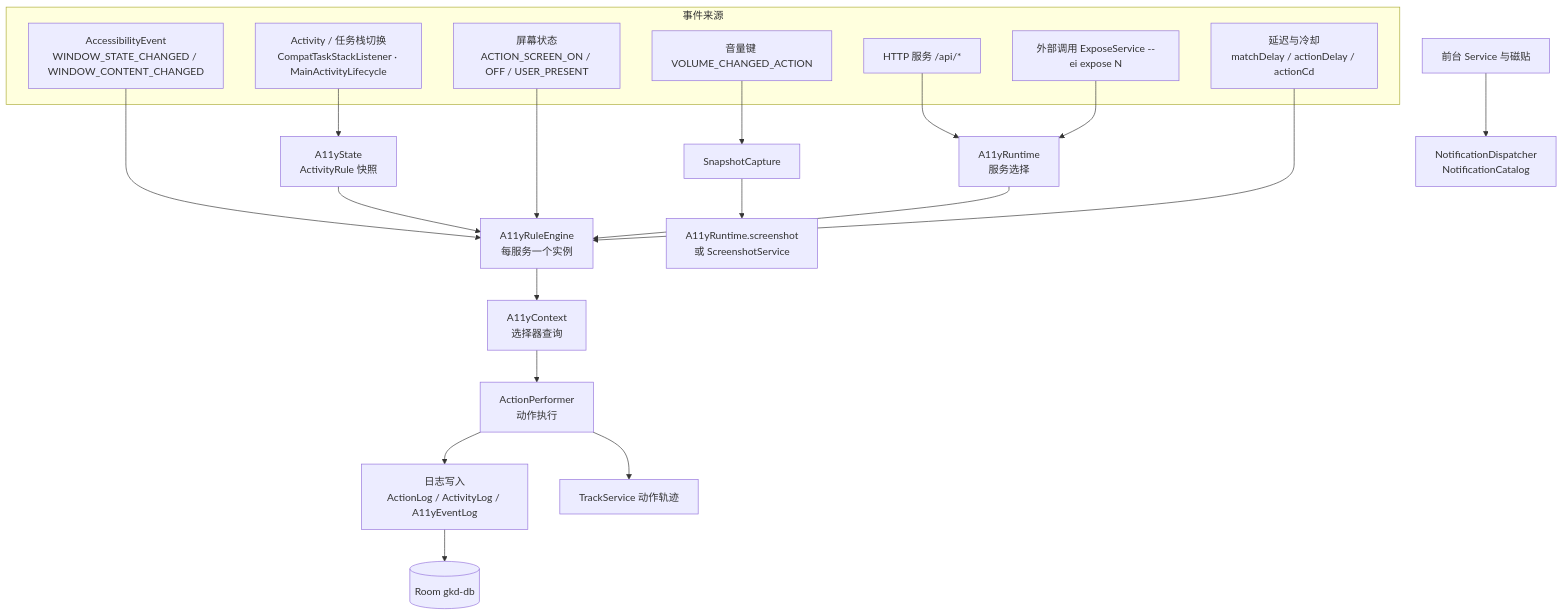
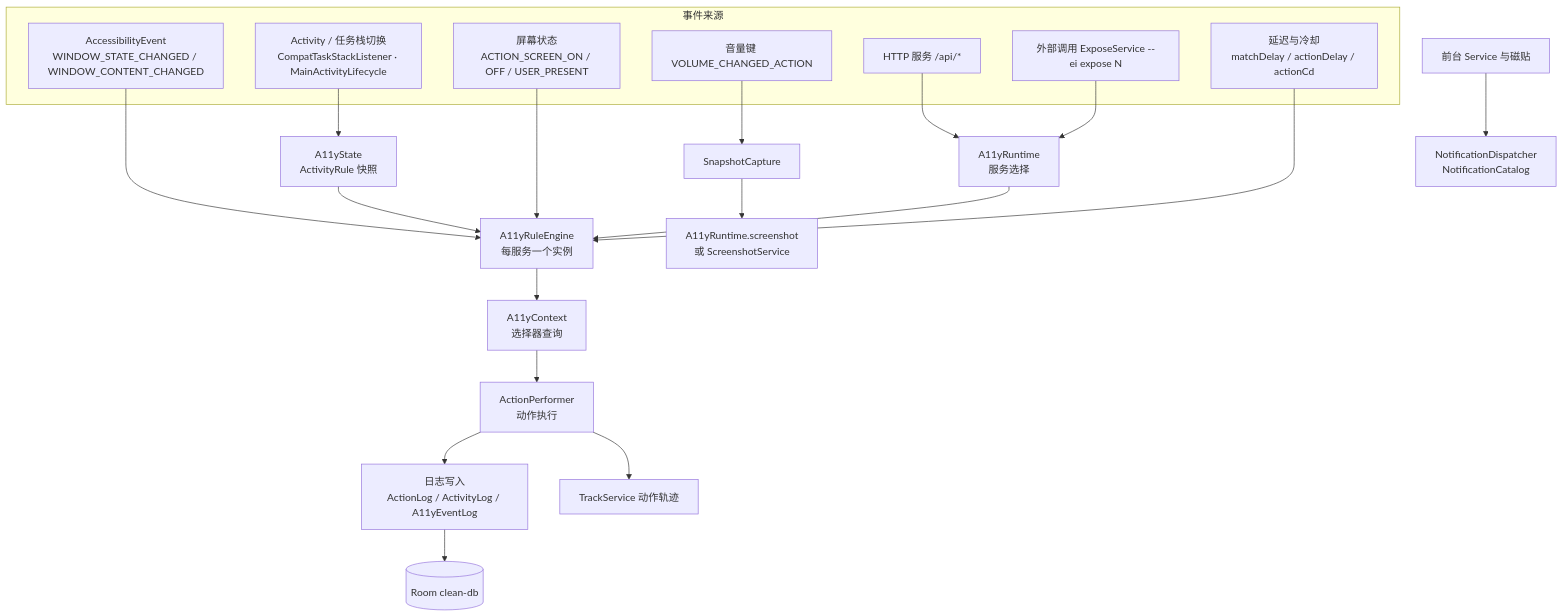
One commit to jwjwj2j/clean changed the first of 3 diagrams in docs/04-automation-runtime.md. Above: the diagram before and after it, drawn with Mermaid. The commit also changed other lines of this file and 475 other files, not shown here.

First line of the commit message:
refactor: 模块目录 gkd-* 改名 clean-*；README 增加捐赠区

````diff
--- a/docs/04-automation-runtime.md
+++ b/docs/04-automation-runtime.md
@@ -22,29 +22,29 @@
 ```mermaid
 flowchart TD
     subgraph SRC["事件来源"]
         EV["AccessibilityEvent<br/>WINDOW_STATE_CHANGED / WINDOW_CONTENT_CHANGED"]
         ACT["Activity / 任务栈切换<br/>CompatTaskStackListener · MainActivityLifecycle"]
         SCR["屏幕状态<br/>ACTION_SCREEN_ON / OFF / USER_PRESENT"]
         KEY["音量键 VOLUME_CHANGED_ACTION"]
         HTTP["HTTP 服务 /api/*"]
         EXT["外部调用 ExposeService --ei expose N"]
         TMR["延迟与冷却<br/>matchDelay / actionDelay / actionCd"]
     end
 
     EV --> ENG
     ACT --> STATE
     SCR --> ENG
     KEY --> CAP
     HTTP --> RT
     EXT --> RT
     TMR --> ENG
 
     STATE["A11yState<br/>ActivityRule 快照"] --> ENG
     RT["A11yRuntime<br/>服务选择"] --> ENG
     ENG["A11yRuleEngine<br/>每服务一个实例"] --> QRY["A11yContext<br/>选择器查询"] --> PERF["ActionPerformer<br/>动作执行"]
     PERF --> LOG
     PERF --> TRK["TrackService 动作轨迹"]
     CAP["SnapshotCapture"] --> SHOT["A11yRuntime.screenshot<br/>或 ScreenshotService"]
-    LOG["日志写入<br/>ActionLog / ActivityLog / A11yEventLog"] --> DB[("Room gkd-db")]
+    LOG["日志写入<br/>ActionLog / ActivityLog / A11yEventLog"] --> DB[("Room clean-db")]
     SRV["前台 Service 与磁贴"] --> NOTIF["NotificationDispatcher<br/>NotificationCatalog"]
 ```
````
